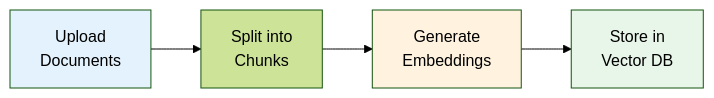
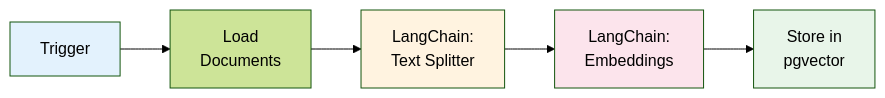
Diagram 11 of 16 in docs/specs/design/202511301430-brin-genai-workshop.md (fajarAnd/workshop-brin), drawn with Mermaid (forest theme) before and after one commit. The commit also changed other lines of this file, not shown here.

````diff
--- a/docs/specs/design/202511301430-brin-genai-workshop.md
+++ b/docs/specs/design/202511301430-brin-genai-workshop.md
@@ -558,10 +590,12 @@
 ```mermaid
 graph LR
-    A[Upload<br/>Documents] --> B[Split into<br/>Chunks]
-    B --> C[Generate<br/>Embeddings]
-    C --> D[Store in<br/>Vector DB]
+    A[Trigger] --> B[Load<br/>Documents]
+    B --> C[LangChain:<br/>Text Splitter]
+    C --> D[LangChain:<br/>Embeddings]
+    D --> E[Store in<br/>pgvector]
 
     style A fill:#e3f2fd
     style C fill:#fff3e0
-    style D fill:#e8f5e9
+    style D fill:#fce4ec
+    style E fill:#e8f5e9
 ```
````
